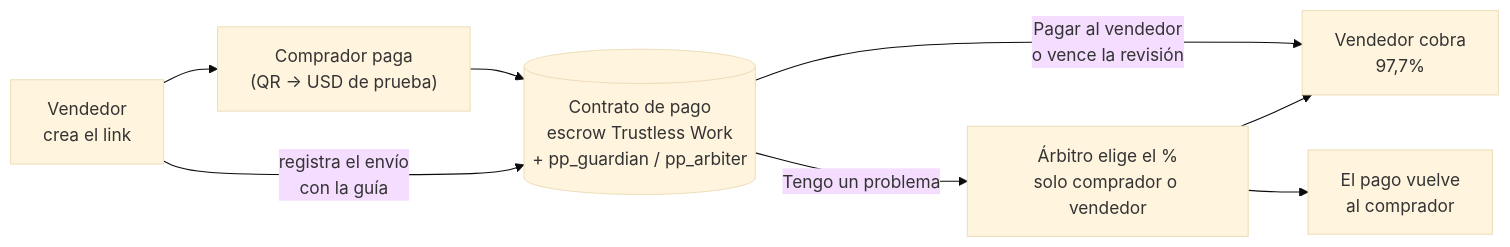
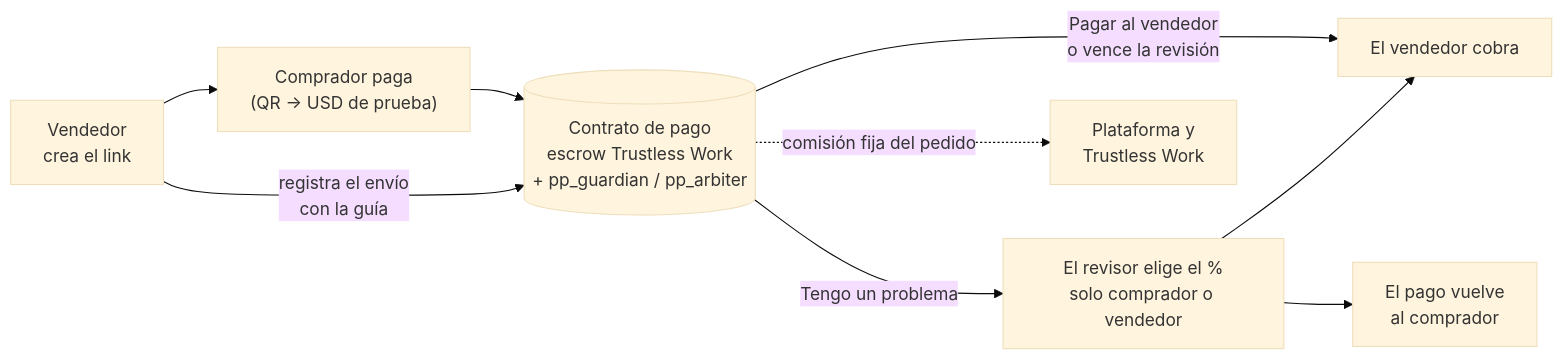
Before and after one commit to haneiva1/pago-protegido: the diagram in README.md, drawn with Mermaid (base theme). The commit also changed other lines of this file and 17 other files, not shown here.

````diff
--- a/README.md
+++ b/README.md
@@ -18,10 +30,11 @@
 ```mermaid
 flowchart LR
   V["Vendedor<br/>crea el link"] --> C["Comprador paga<br/>(QR → USD de prueba)"]
   C --> E[("Contrato de pago<br/>escrow Trustless Work<br/>+ pp_guardian / pp_arbiter")]
   V -->|"registra el envío<br/>con la guía"| E
-  E -->|"Pagar al vendedor<br/>o vence la revisión"| S["Vendedor cobra<br/>97,7%"]
-  E -->|"Tengo un problema"| A["Árbitro elige el %<br/>solo comprador o vendedor"]
+  E -->|"Pagar al vendedor<br/>o vence la revisión"| S["El vendedor cobra"]
+  E -->|"Tengo un problema"| A["El revisor elige el %<br/>solo comprador o vendedor"]
   A --> S
   A --> B["El pago vuelve<br/>al comprador"]
+  E -.->|"comisión fija del pedido"| F["Plataforma y<br/>Trustless Work"]
 ```
````
